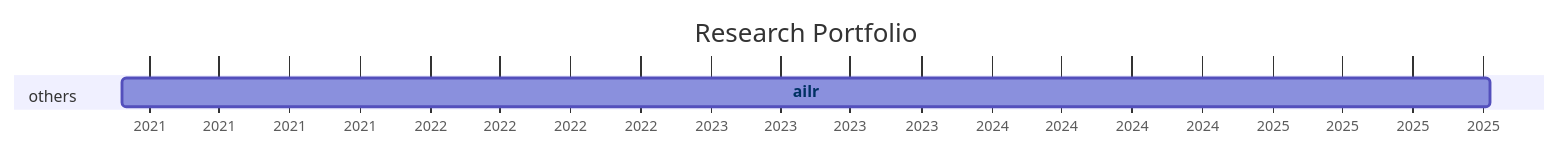
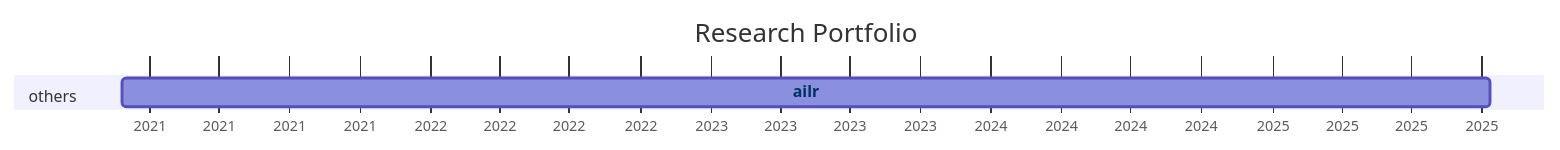
The diagram in docs/20-research/25-projects-gantt.md (digital-work-lab/handbook), drawn with Mermaid before and after one commit.

Commit message:
Update repository overview

````diff
--- a/docs/20-research/25-projects-gantt.md
+++ b/docs/20-research/25-projects-gantt.md
@@ -8,21 +8,21 @@
 ```mermaid
 ---
 displayMode: compact
 ---
 gantt
 title Research Portfolio
 dateFormat YYYY-MM-DD
 axisFormat %Y
 
     section work_practices
 
     section distributed_organizing
 
     section knowledge_synthesis
 
     section others
-        ailr :ailr, 2020-11-26, 2025-10-11
+        ailr :ailr, 2020-11-26, 2025-10-12
 
 
     click ailr href "{{ site.baseurl }}/docs/10-lab/18-resources/ailr.html"
 ```
````
